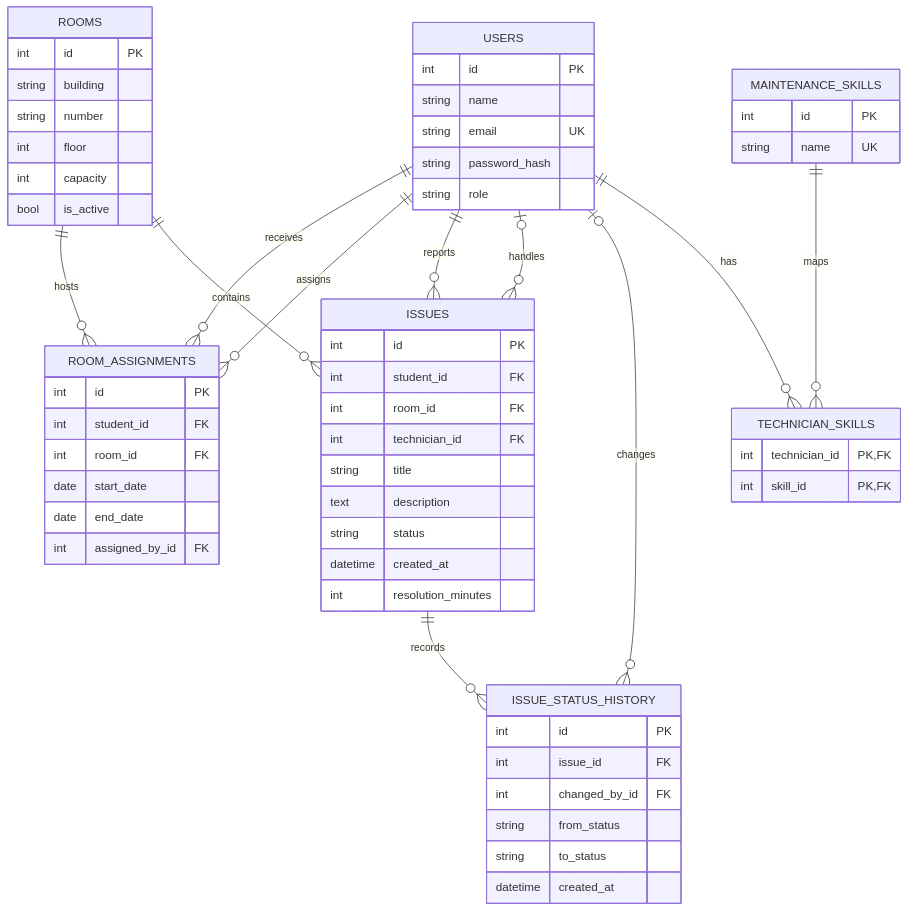
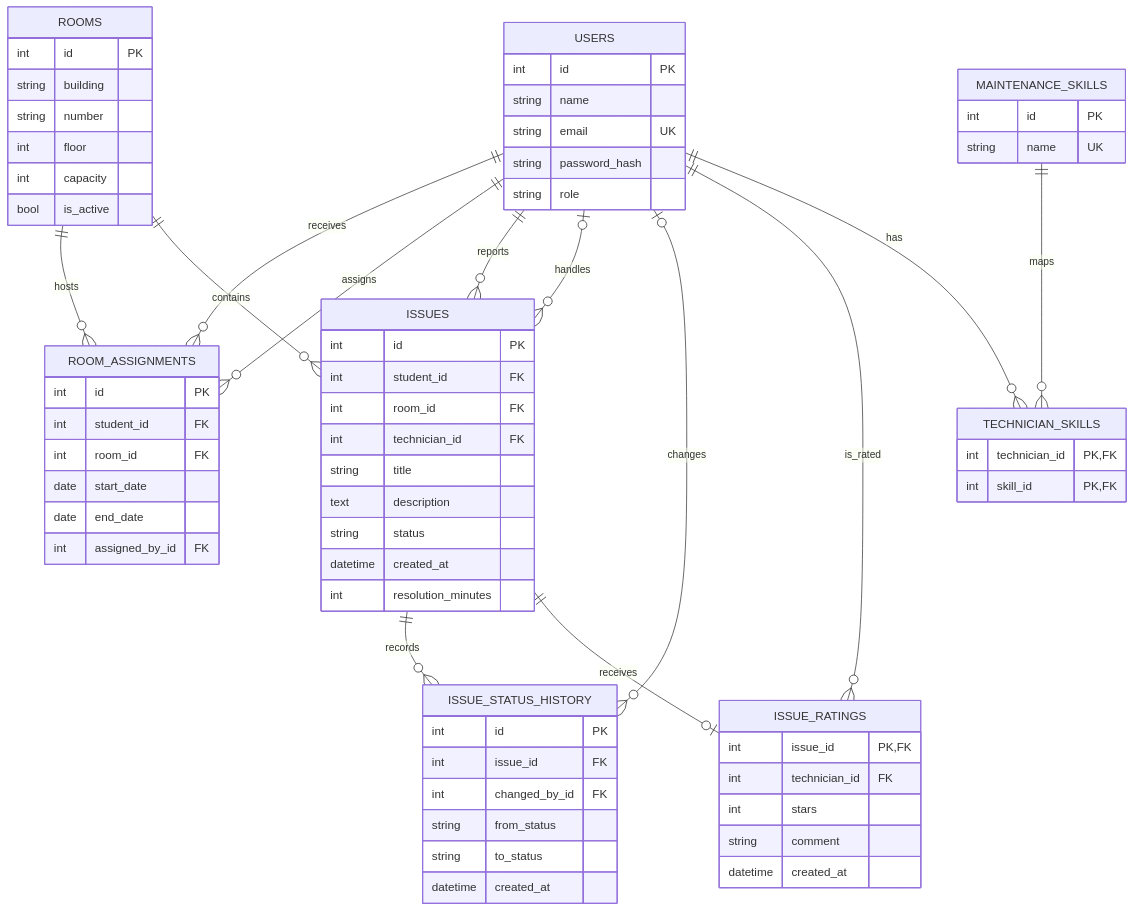
One commit to gek18/WVU changed the diagram in docs/database-design.md. Above: the diagram before and after it, drawn with Mermaid. The commit also changed other lines of this file and 15 other files, not shown here.

Commit message:
Add Siirt branding, role sign-in, and technician ratings

````diff
--- a/docs/database-design.md
+++ b/docs/database-design.md
@@ -5,64 +5,73 @@
 ```mermaid
 erDiagram
     USERS ||--o{ ROOM_ASSIGNMENTS : receives
     ROOMS ||--o{ ROOM_ASSIGNMENTS : hosts
     USERS ||--o{ ROOM_ASSIGNMENTS : assigns
     USERS ||--o{ ISSUES : reports
     ROOMS ||--o{ ISSUES : contains
     USERS o|--o{ ISSUES : handles
     ISSUES ||--o{ ISSUE_STATUS_HISTORY : records
     USERS o|--o{ ISSUE_STATUS_HISTORY : changes
+    ISSUES ||--o| ISSUE_RATINGS : receives
+    USERS ||--o{ ISSUE_RATINGS : is_rated
     USERS ||--o{ TECHNICIAN_SKILLS : has
     MAINTENANCE_SKILLS ||--o{ TECHNICIAN_SKILLS : maps
 
     USERS {
         int id PK
         string name
         string email UK
         string password_hash
         string role
     }
     ROOMS {
         int id PK
         string building
         string number
         int floor
         int capacity
         bool is_active
     }
     ROOM_ASSIGNMENTS {
         int id PK
         int student_id FK
         int room_id FK
         date start_date
         date end_date
         int assigned_by_id FK
     }
     MAINTENANCE_SKILLS {
         int id PK
         string name UK
     }
     TECHNICIAN_SKILLS {
         int technician_id PK,FK
         int skill_id PK,FK
     }
     ISSUES {
         int id PK
         int student_id FK
         int room_id FK
         int technician_id FK
         string title
         text description
         string status
         datetime created_at
         int resolution_minutes
     }
     ISSUE_STATUS_HISTORY {
         int id PK
         int issue_id FK
         int changed_by_id FK
         string from_status
         string to_status
         datetime created_at
     }
+    ISSUE_RATINGS {
+        int issue_id PK,FK
+        int technician_id FK
+        int stars
+        string comment
+        datetime created_at
+    }
 ```
````
